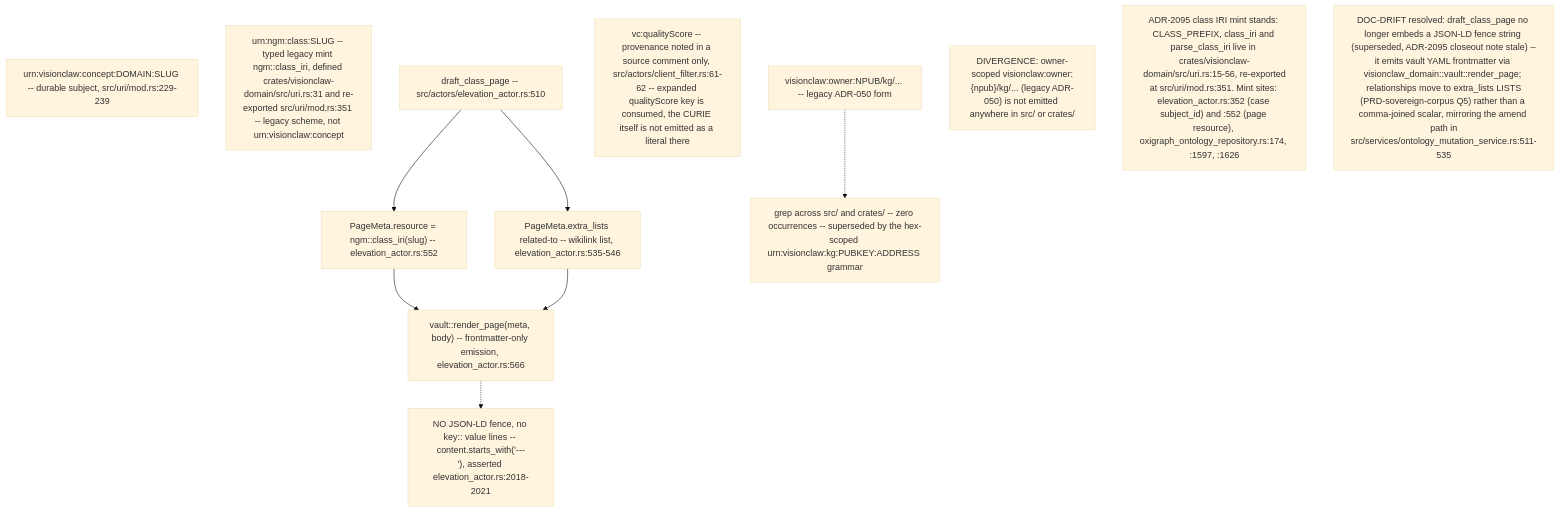
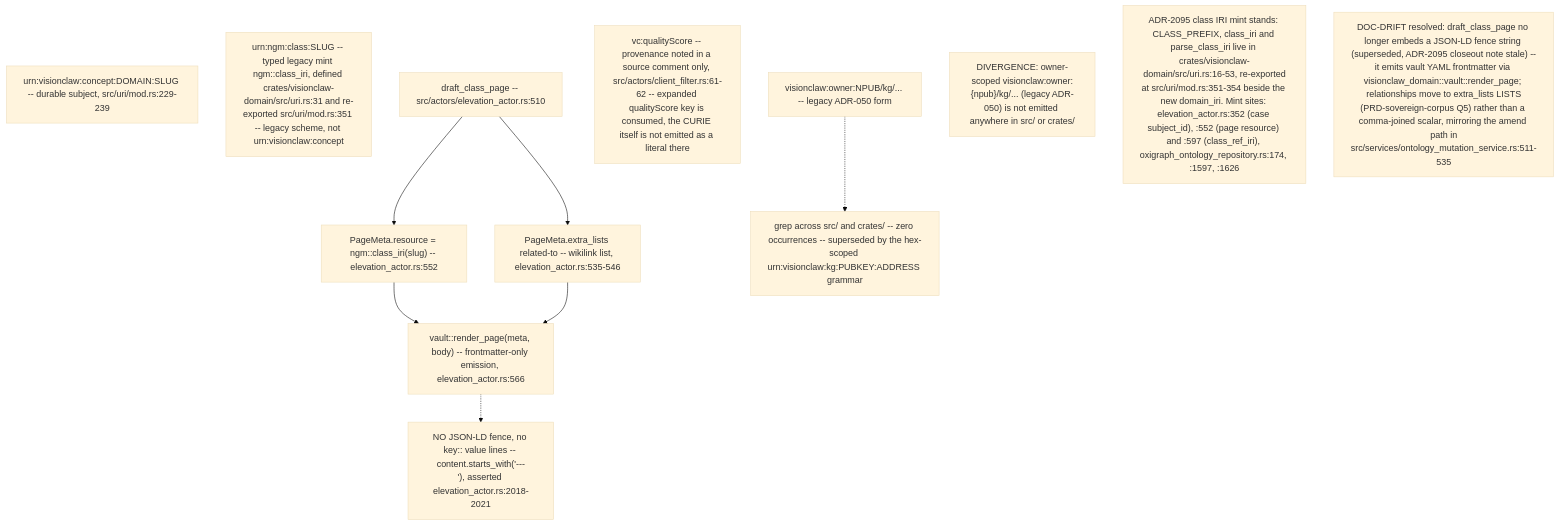
The ninth of 10 diagrams in docs/diagrams/visionclaw/23-identifiers-urn-did-sha12.md (DreamLab-AI/VisionFlow), drawn with Mermaid (base theme) before and after one commit. The commit also changed other lines of this file and 173 other files, not shown here.

````diff
--- a/docs/diagrams/visionclaw/23-identifiers-urn-did-sha12.md
+++ b/docs/diagrams/visionclaw/23-identifiers-urn-did-sha12.md
@@ -319,16 +320,16 @@
 ```mermaid
 flowchart TD
     Concept["urn:visionclaw:concept:DOMAIN:SLUG -- durable subject, src/uri/mod.rs:229-239"]
     LegacyClass["urn:ngm:class:SLUG -- typed legacy mint ngm::class_iri, defined crates/visionclaw-domain/src/uri.rs:31 and re-exported src/uri/mod.rs:351 -- legacy scheme, not urn:visionclaw:concept"]
     Draft["draft_class_page -- src/actors/elevation_actor.rs:510"] --> Meta["PageMeta.resource = ngm::class_iri(slug) -- elevation_actor.rs:552"]
     Draft --> Lists["PageMeta.extra_lists related-to -- wikilink list, elevation_actor.rs:535-546"]
     Meta --> Render["vault::render_page(meta, body) -- frontmatter-only emission, elevation_actor.rs:566"]
     Lists --> Render
     Render -.-> NoFence["NO JSON-LD fence, no key:: value lines -- content.starts_with('---\n'), asserted elevation_actor.rs:2018-2021"]
     QS["vc:qualityScore -- provenance noted in a source comment only, src/actors/client_filter.rs:61-62 -- expanded qualityScore key is consumed, the CURIE itself is not emitted as a literal there"]
     OwnerScoped["visionclaw:owner:NPUB/kg/... -- legacy ADR-050 form"] -.-> Absent["grep across src/ and crates/ -- zero occurrences -- superseded by the hex-scoped urn:visionclaw:kg:PUBKEY:ADDRESS grammar"]
 
     DivB["DIVERGENCE: owner-scoped visionclaw:owner:{npub}/kg/... (legacy ADR-050) is not emitted anywhere in src/ or crates/"]
-    DriftX["ADR-2095 class IRI mint stands: CLASS_PREFIX, class_iri and parse_class_iri live in crates/visionclaw-domain/src/uri.rs:15-56, re-exported<br/>at src/uri/mod.rs:351. Mint sites: elevation_actor.rs:352 (case subject_id) and :552 (page resource), oxigraph_ontology_repository.rs:174, :1597, :1626"]
+    DriftX["ADR-2095 class IRI mint stands: CLASS_PREFIX, class_iri and parse_class_iri live in crates/visionclaw-domain/src/uri.rs:16-53, re-exported<br/>at src/uri/mod.rs:351-354 beside the new domain_iri. Mint sites: elevation_actor.rs:352 (case subject_id), :552 (page resource) and :597 (class_ref_iri), oxigraph_ontology_repository.rs:174, :1597, :1626"]
     Refactor["DOC-DRIFT resolved: draft_class_page no longer embeds a JSON-LD fence string (superseded, ADR-2095 closeout note stale) --<br/>it emits vault YAML frontmatter via visionclaw_domain::vault::render_page; relationships move to extra_lists LISTS<br/>(PRD-sovereign-corpus Q5) rather than a comma-joined scalar, mirroring the amend path in<br/>src/services/ontology_mutation_service.rs:511-535"]
 ```
````
